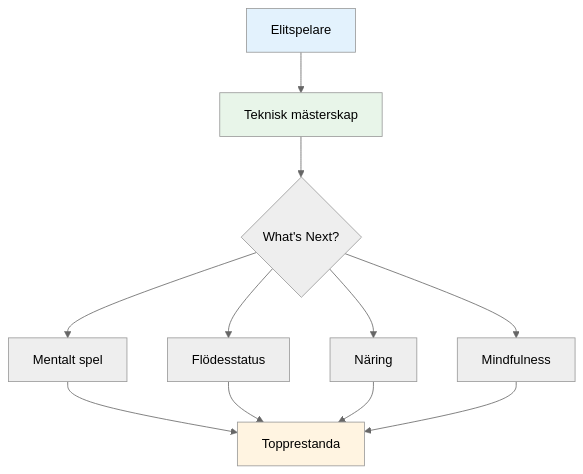
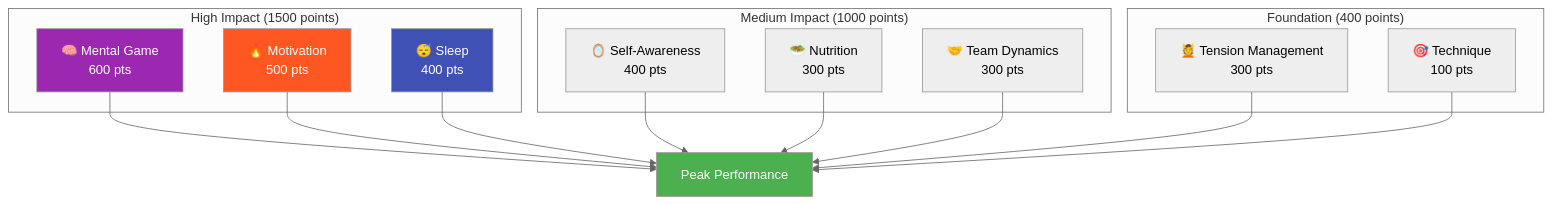
One commit to patwii/petanque-academy changed the diagram in docs/sv/ambition.md. Above: the diagram before and after it, drawn with Mermaid (neutral theme). The commit also changed other lines of this file and 1093 other files, not shown here.

````diff
--- a/docs/sv/ambition.md
+++ b/docs/sv/ambition.md
@@ -36,19 +13,33 @@
 ```mermaid
 graph TD
-    A[Elitspelare] --> B[Teknisk mästerskap]
-    B --> C{What's Next?}
+    subgraph "High Impact (1500 points)"
+        A[🧠 Mental Game<br/>600 pts]
+        B[🔥 Motivation<br/>500 pts]
+        C[😴 Sleep<br/>400 pts]
+    end
 
-    C --> D[Mentalt spel]
-    C --> E[Flödesstatus]
-    C --> F[Näring]
-    C --> G[Mindfulness]
+    subgraph "Medium Impact (1000 points)"
+        D[🪞 Self-Awareness<br/>400 pts]
+        E[🥗 Nutrition<br/>300 pts]
+        F[🤝 Team Dynamics<br/>300 pts]
+    end
 
-    D --> H[Topprestanda]
-    E --> H
-    F --> H
-    G --> H
+    subgraph "Foundation (400 points)"
+        G[💆 Tension Management<br/>300 pts]
+        H[🎯 Technique<br/>100 pts]
+    end
 
-    style A fill:#e3f2fd
-    style B fill:#e8f5e9
-    style H fill:#fff4e1
+    A --> I[Peak Performance]
+    B --> I
+    C --> I
+    D --> I
+    E --> I
+    F --> I
+    G --> I
+    H --> I
+
+    style A fill:#9C27B0,color:#fff
+    style B fill:#FF5722,color:#fff
+    style C fill:#3F51B5,color:#fff
+    style I fill:#4CAF50,color:#fff
 ```
````
